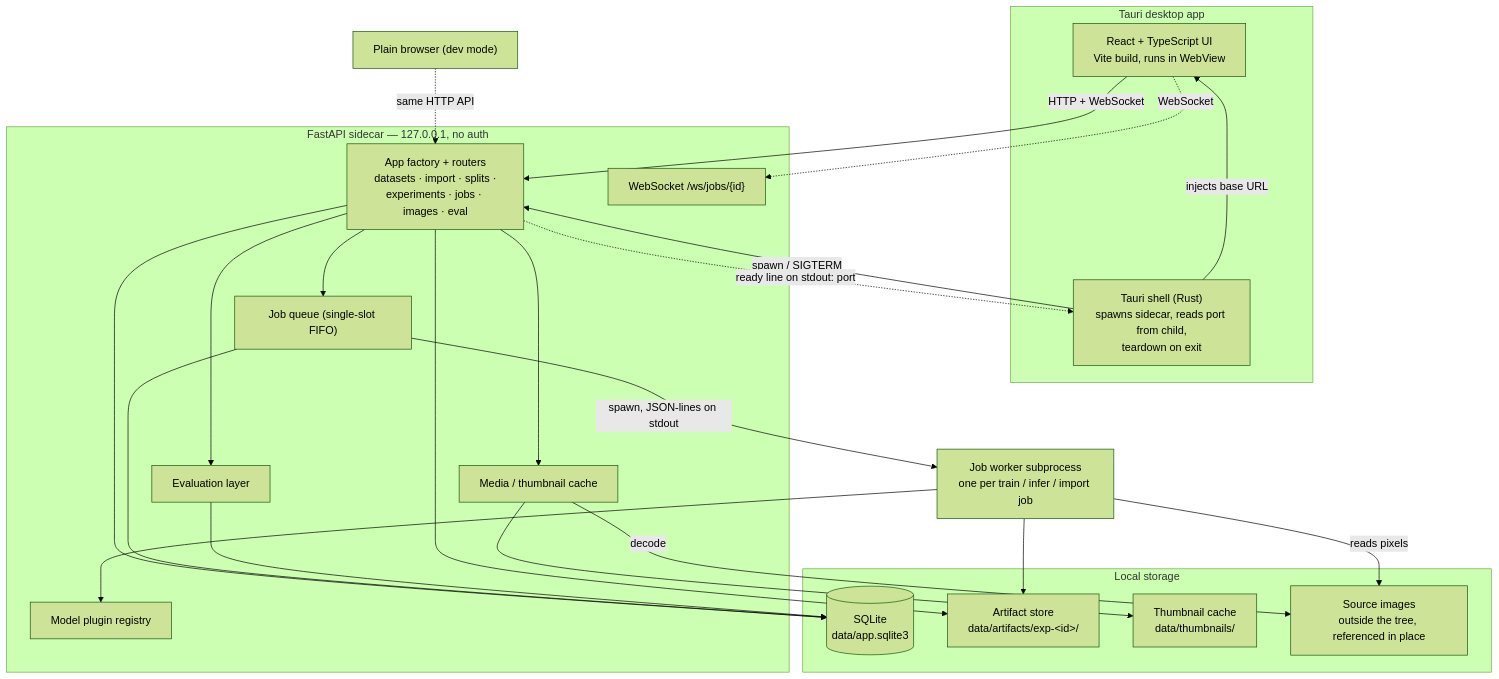
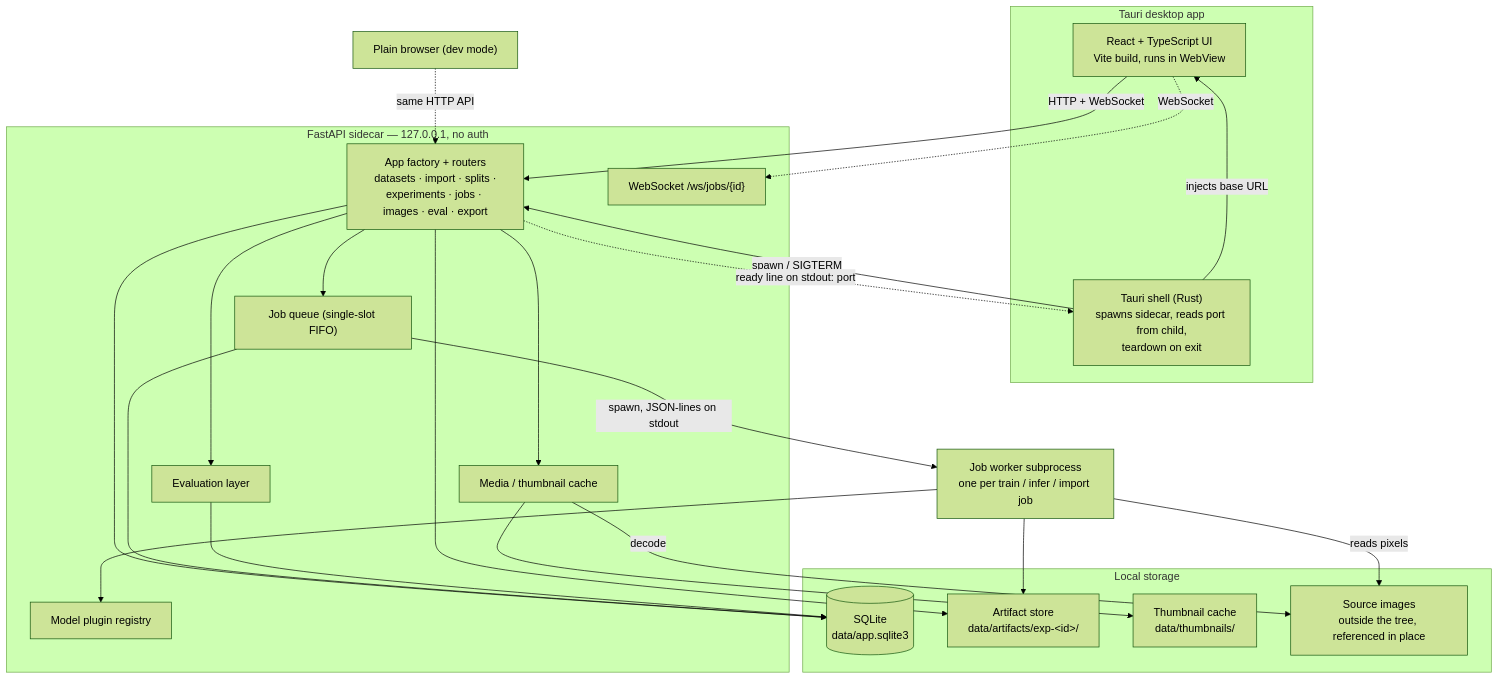
Before and after one commit to VitalyVorobyev/visual-anomaly-lab: the diagram in docs/architecture/README.md, drawn with Mermaid (forest theme). The commit also changed other lines of this file and 25 other files, not shown here.

````diff
--- a/docs/architecture/README.md
+++ b/docs/architecture/README.md
@@ -86,48 +88,48 @@
 ```mermaid
 flowchart TB
     subgraph desktop["Tauri desktop app"]
         UI["React + TypeScript UI<br/>Vite build, runs in WebView"]
         SHELL["Tauri shell (Rust)<br/>spawns sidecar, reads port from child,<br/>teardown on exit"]
     end
 
     subgraph backend["FastAPI sidecar — 127.0.0.1, no auth"]
-        API["App factory + routers<br/>datasets · import · splits ·<br/>experiments · jobs · images · eval"]
+        API["App factory + routers<br/>datasets · import · splits ·<br/>experiments · jobs · images · eval · export"]
         WS["WebSocket /ws/jobs/{id}"]
         REG["Model plugin registry"]
         QUEUE["Job queue (single-slot FIFO)"]
         EVAL["Evaluation layer"]
         MEDIA["Media / thumbnail cache"]
     end
 
     WORKER["Job worker subprocess<br/>one per train / infer / import job"]
 
     subgraph storage["Local storage"]
         DB[("SQLite<br/>data/app.sqlite3")]
         ART["Artifact store<br/>data/artifacts/exp-&lt;id&gt;/"]
         THUMB["Thumbnail cache<br/>data/thumbnails/"]
         PRIV["Source images<br/>outside the tree, referenced in place"]
     end
 
     UI -->|"HTTP + WebSocket"| API
     UI -.->|"WebSocket"| WS
     SHELL -->|"spawn / SIGTERM"| API
     API -.->|"ready line on stdout: port"| SHELL
     SHELL -->|"injects base URL"| UI
 
     API --> QUEUE
     API --> EVAL
     API --> MEDIA
     QUEUE -->|"spawn, JSON-lines on stdout"| WORKER
     WORKER --> REG
     WORKER --> ART
     WORKER -->|"reads pixels"| PRIV
 
     API --> DB
     QUEUE --> DB
     EVAL --> DB
     MEDIA --> THUMB
     MEDIA -->|"decode"| PRIV
     API --> ART
 
     BROWSER["Plain browser (dev mode)"] -.->|"same HTTP API"| API
 ```
````
